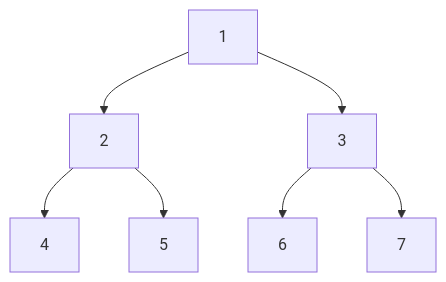
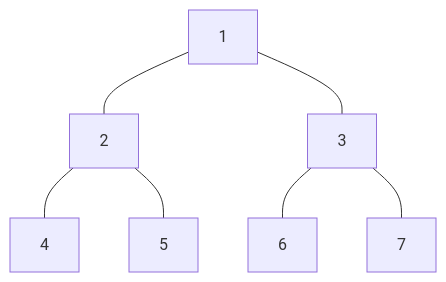
One commit to eo1989/mkt_notes_general changed the sixth of 7 diagrams in Data Structures - BinaryTraversal.qmd. Above: the diagram before and after it, drawn with Mermaid. The commit also changed other lines of this file and 2 other files, not shown here.

````diff
--- a/Data Structures - BinaryTraversal.qmd
+++ b/Data Structures - BinaryTraversal.qmd
@@ -83,9 +119,9 @@
 ```{mermaid}
 graph TB;
-    1 --> 2
-    1 --> 3
-    2 --> 4
-    2 --> 5
-    3 --> 6
-    3 --> 7
+    1 --- 2
+    1 --- 3
+    2 --- 4
+    2 --- 5
+    3 --- 6
+    3 --- 7
 ```
````
